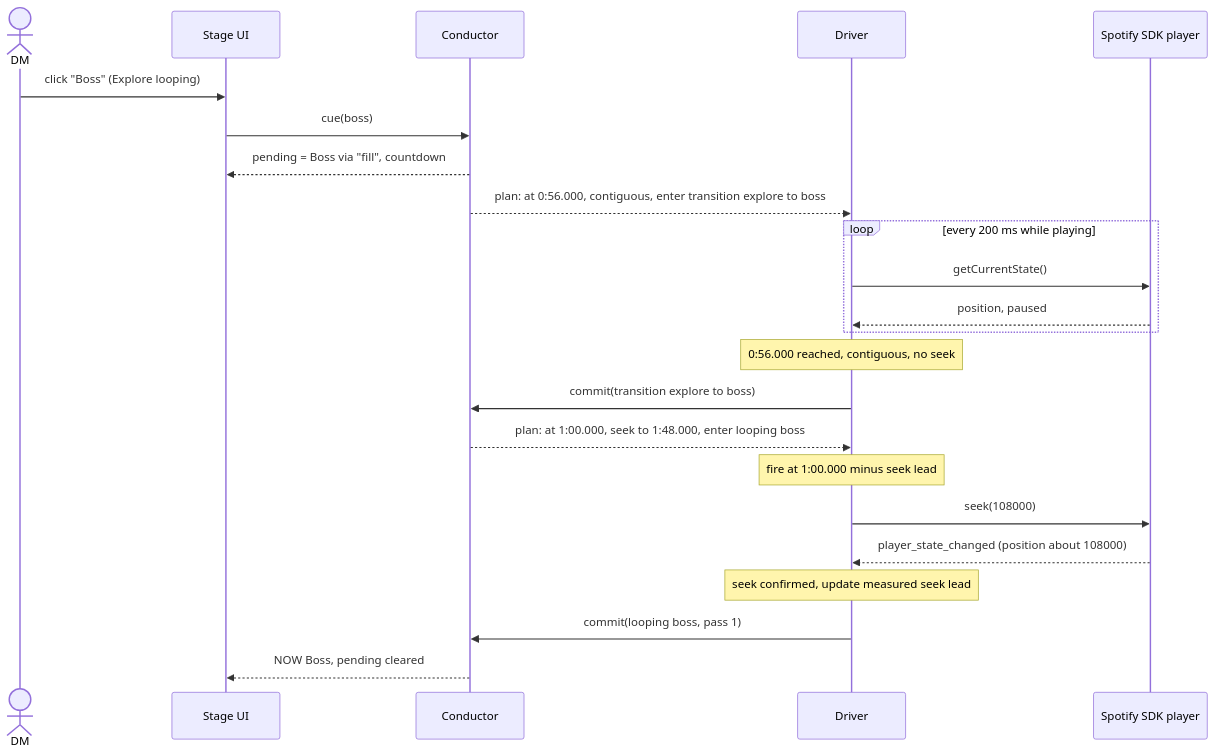
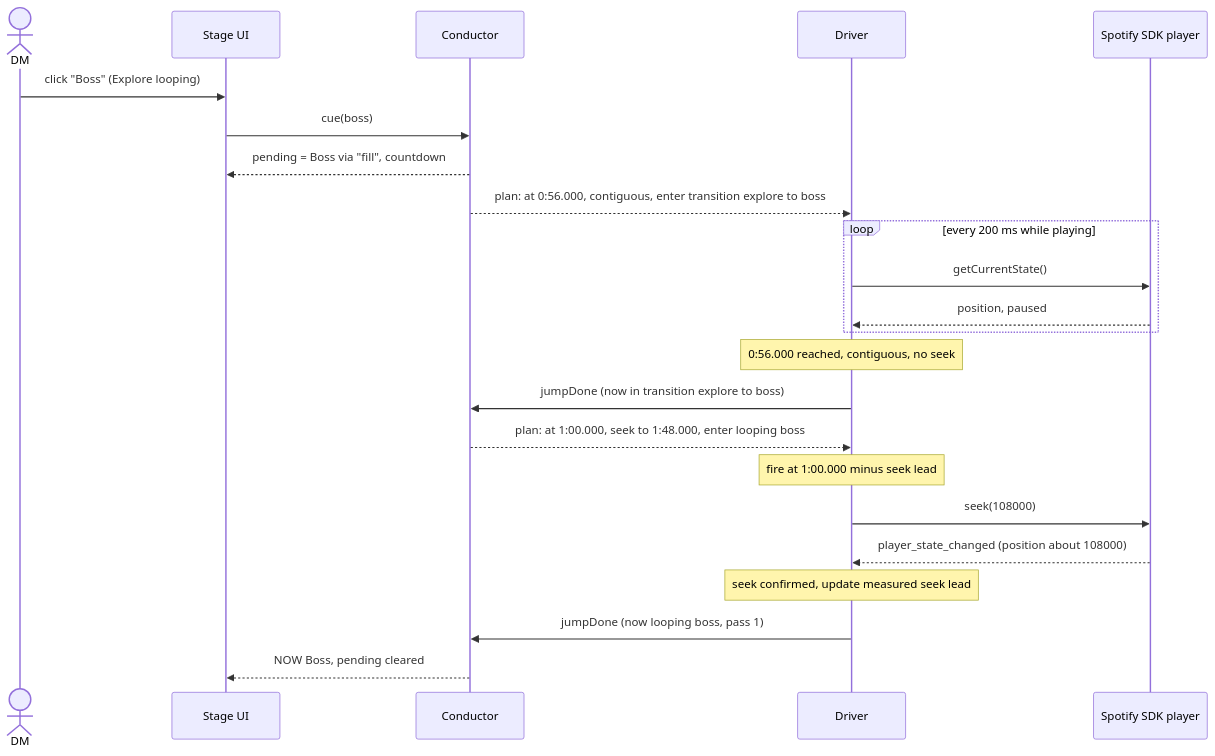
The third of 3 diagrams in docs/technical-design.md (acej0ker/DMAudioLooper), drawn with Mermaid before and after one commit. The commit also changed other lines of this file, not shown here.

````diff
--- a/docs/technical-design.md
+++ b/docs/technical-design.md
@@ -441,25 +548,25 @@
 ```mermaid
 sequenceDiagram
   actor DM
   participant UI as Stage UI
   participant C as Conductor
   participant D as Driver
   participant P as Spotify SDK player
   DM->>UI: click "Boss" (Explore looping)
   UI->>C: cue(boss)
   C-->>UI: pending = Boss via "fill", countdown
   C-->>D: plan: at 0:56.000, contiguous, enter transition explore to boss
   loop every 200 ms while playing
     D->>P: getCurrentState()
     P-->>D: position, paused
   end
   Note over D: 0:56.000 reached, contiguous, no seek
-  D->>C: commit(transition explore to boss)
+  D->>C: jumpDone (now in transition explore to boss)
   C-->>D: plan: at 1:00.000, seek to 1:48.000, enter looping boss
   Note over D: fire at 1:00.000 minus seek lead
   D->>P: seek(108000)
   P-->>D: player_state_changed (position about 108000)
   Note over D: seek confirmed, update measured seek lead
-  D->>C: commit(looping boss, pass 1)
+  D->>C: jumpDone (now looping boss, pass 1)
   C-->>UI: NOW Boss, pending cleared
 ```
````
